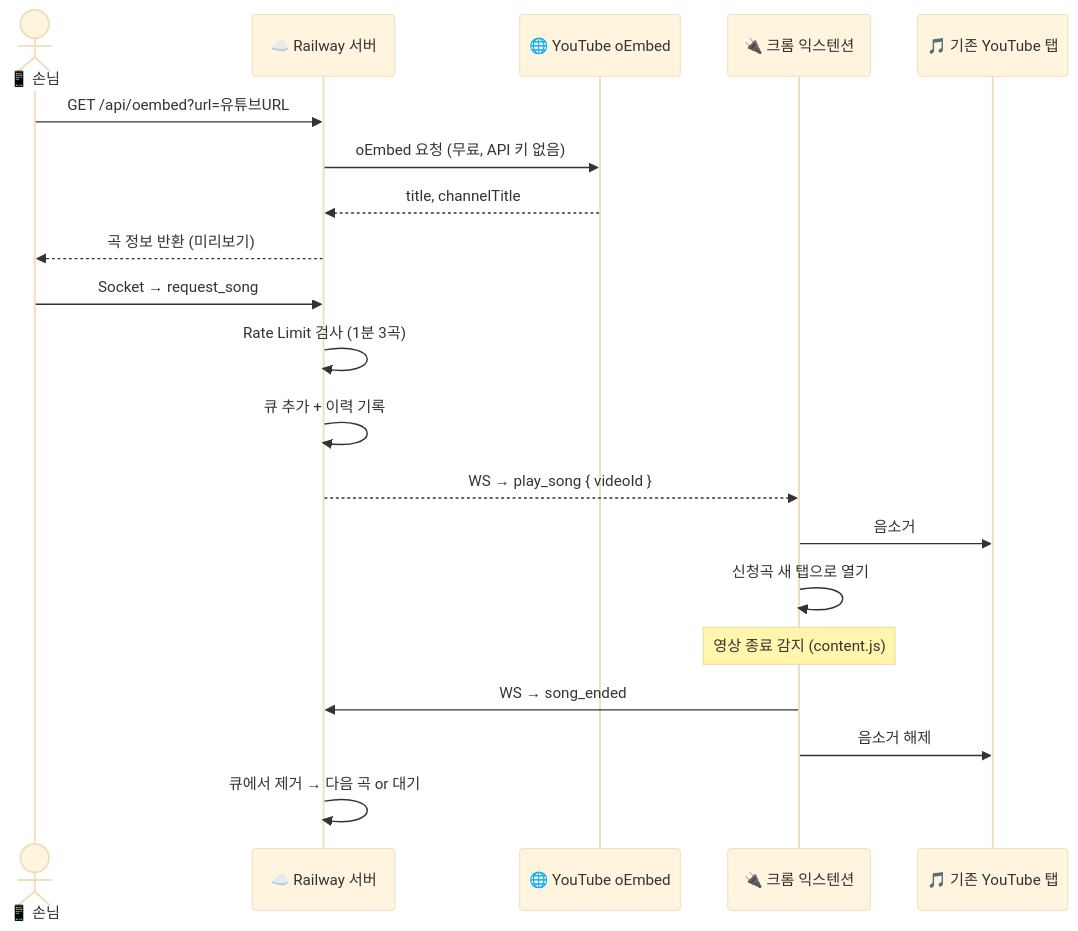
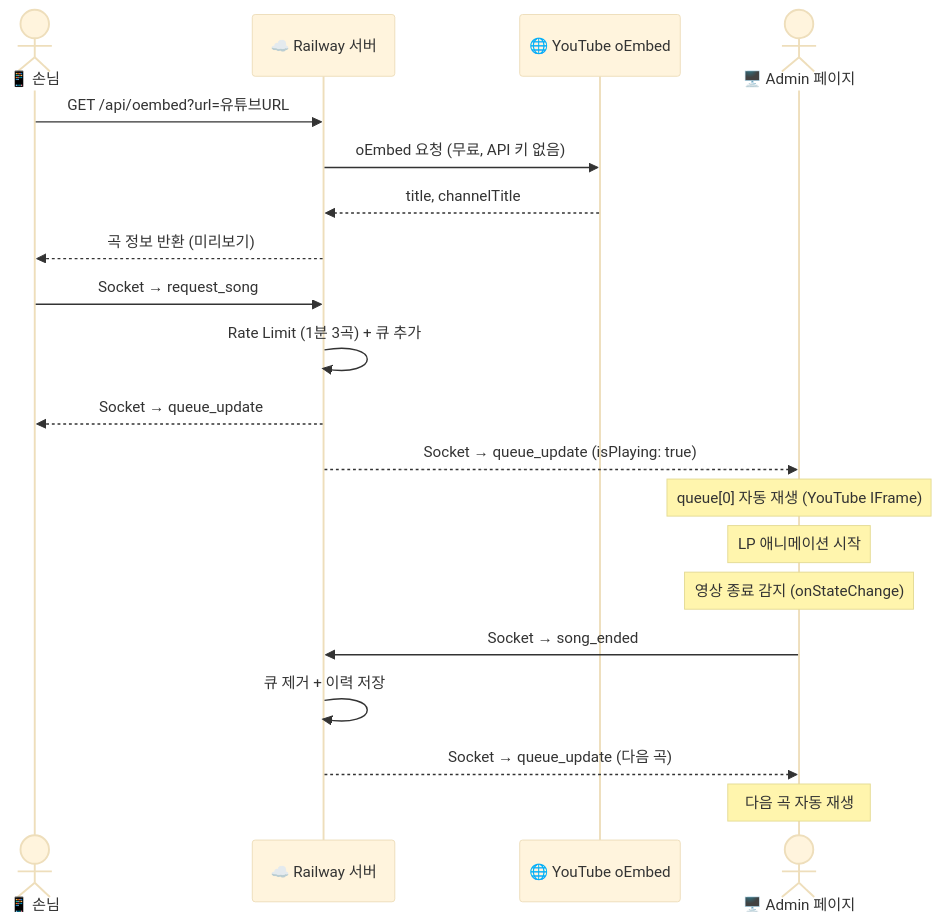
The second of 3 diagrams in README.md (sngmng6506/caffeine-Flow), drawn with Mermaid (base theme) before and after one commit. The commit also changed other lines of this file and 6 other files, not shown here.

````diff
--- a/README.md
+++ b/README.md
@@ -75,26 +71,26 @@
 ```mermaid
 sequenceDiagram
     actor 손님 as 📱 손님
     participant 서버 as ☁️ Railway 서버
     participant YT_OE as 🌐 YouTube oEmbed
-    participant 익스텐션 as 🔌 크롬 익스텐션
-    participant YT_기존 as 🎵 기존 YouTube 탭
+    actor Admin as 🖥️ Admin 페이지
 
     손님->>서버: GET /api/oembed?url=유튜브URL
     서버->>YT_OE: oEmbed 요청 (무료, API 키 없음)
     YT_OE-->>서버: title, channelTitle
     서버-->>손님: 곡 정보 반환 (미리보기)
 
     손님->>서버: Socket → request_song
-    서버->>서버: Rate Limit 검사 (1분 3곡)
-    서버->>서버: 큐 추가 + 이력 기록
-    서버-->>익스텐션: WS → play_song { videoId }
+    서버->>서버: Rate Limit (1분 3곡) + 큐 추가
+    서버-->>손님: Socket → queue_update
+    서버-->>Admin: Socket → queue_update (isPlaying: true)
 
-    익스텐션->>YT_기존: 음소거
-    익스텐션->>익스텐션: 신청곡 새 탭으로 열기
-    Note over 익스텐션: 영상 종료 감지 (content.js)
+    Note over Admin: queue[0] 자동 재생 (YouTube IFrame)
+    Note over Admin: LP 애니메이션 시작
 
-    익스텐션->>서버: WS → song_ended
-    익스텐션->>YT_기존: 음소거 해제
-    서버->>서버: 큐에서 제거 → 다음 곡 or 대기
+    Note over Admin: 영상 종료 감지 (onStateChange)
+    Admin->>서버: Socket → song_ended
+    서버->>서버: 큐 제거 + 이력 저장
+    서버-->>Admin: Socket → queue_update (다음 곡)
+    Note over Admin: 다음 곡 자동 재생
 ```
````
